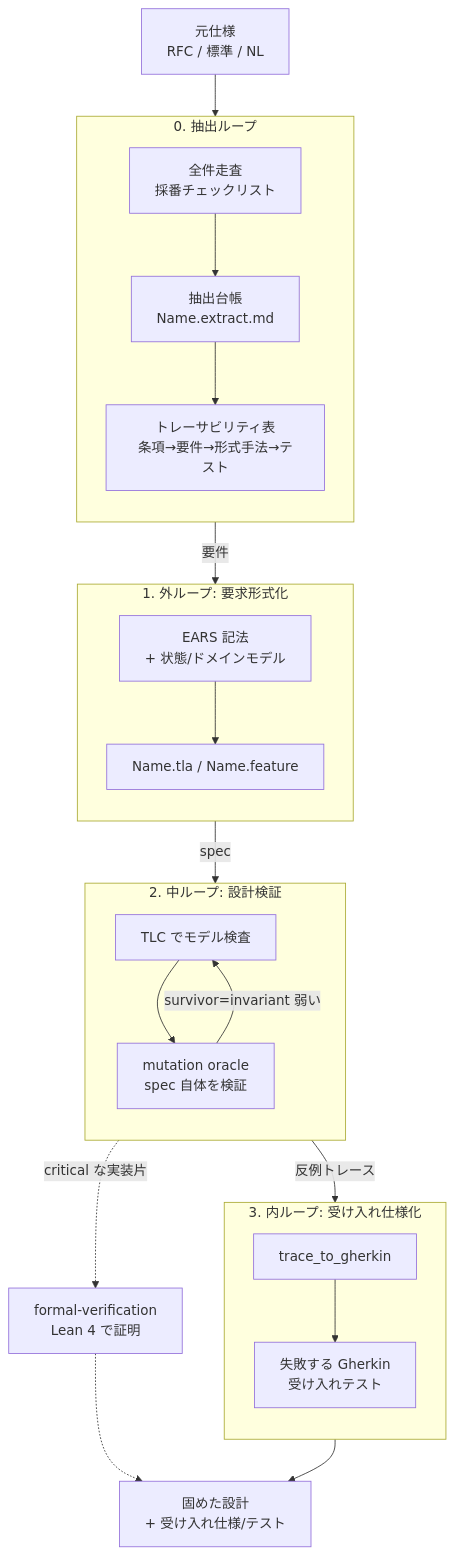
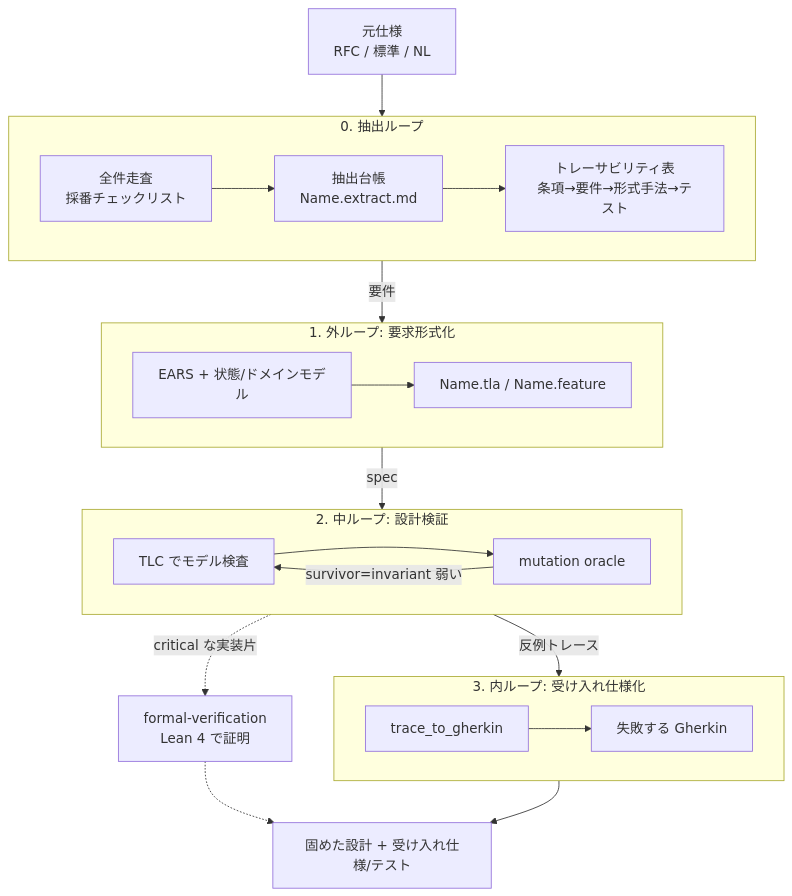
One commit to Hakkadaikon/dotfiles changed the diagram in home/.claude/skills/loop-engineering/SKILL.md. Above: the diagram before and after it, drawn with Mermaid. The commit also changed other lines of this file, not shown here.

````diff
--- a/home/.claude/skills/loop-engineering/SKILL.md
+++ b/home/.claude/skills/loop-engineering/SKILL.md
@@ -21,37 +21,24 @@
 ```mermaid
 flowchart TD
     SPEC[元仕様<br/>RFC / 標準 / NL] --> L0
-
     subgraph L0[0. 抽出ループ]
-        direction TB
         E1[全件走査<br/>採番チェックリスト] --> E2[抽出台帳<br/>Name.extract.md]
         E2 --> E3[トレーサビリティ表<br/>条項→要件→形式手法→テスト]
     end
-
     L0 -->|要件| L1
-
     subgraph L1[1. 外ループ: 要求形式化]
-        direction TB
-        O1[EARS 記法<br/>+ 状態/ドメインモデル] --> O2[Name.tla / Name.feature]
+        O1[EARS + 状態/ドメインモデル] --> O2[Name.tla / Name.feature]
     end
-
     L1 -->|spec| L2
-
     subgraph L2[2. 中ループ: 設計検証]
-        direction TB
-        M1[TLC でモデル検査] --> M2[mutation oracle<br/>spec 自体を検証]
+        M1[TLC でモデル検査] --> M2[mutation oracle]
         M2 -->|survivor=invariant 弱い| M1
     end
-
     L2 -->|反例トレース| L3
-
     subgraph L3[3. 内ループ: 受け入れ仕様化]
-        direction TB
-        I1[trace_to_gherkin] --> I2[失敗する Gherkin<br/>受け入れテスト]
+        I1[trace_to_gherkin] --> I2[失敗する Gherkin]
     end
-
-    L3 --> OUT[固めた設計<br/>+ 受け入れ仕様/テスト]
-
+    L3 --> OUT[固めた設計 + 受け入れ仕様/テスト]
     L2 -.->|critical な実装片| LEAN[formal-verification<br/>Lean 4 で証明]
     LEAN -.-> OUT
 ```
````
